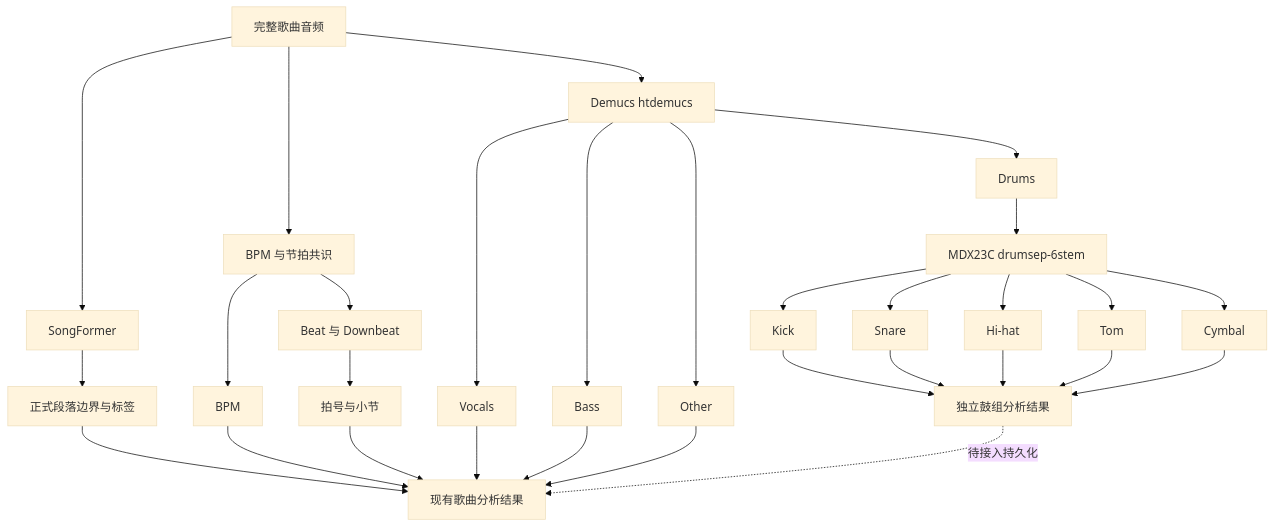
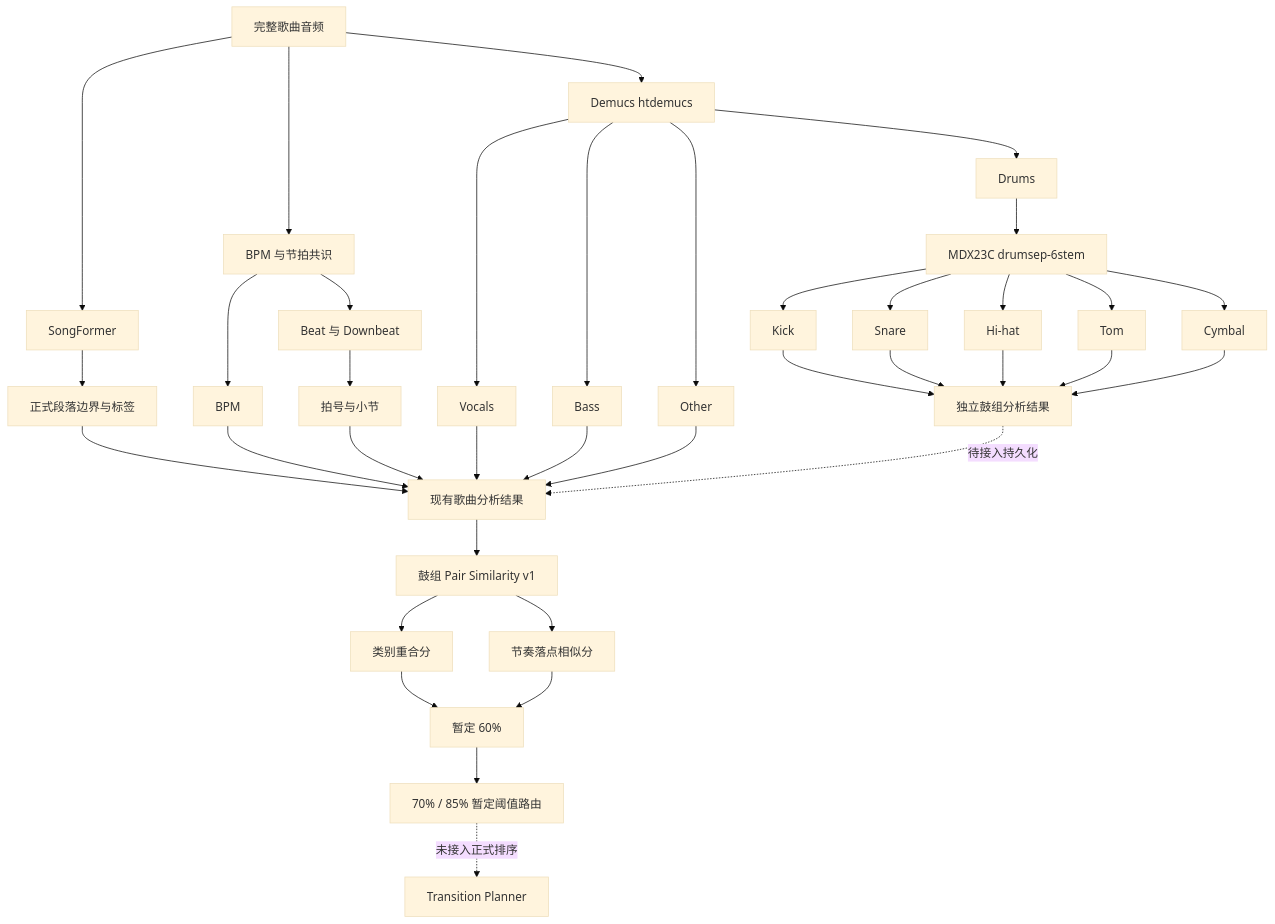
One commit to jihaobi123/harbeat-client changed the diagram in docs/songformer_mdx23c_analysis_architecture.md. Above: the diagram before and after it, drawn with Mermaid (base theme). The commit also changed other lines of this file and 7 other files, not shown here.

````diff
--- a/docs/songformer_mdx23c_analysis_architecture.md
+++ b/docs/songformer_mdx23c_analysis_architecture.md
@@ -11,35 +11,42 @@
 ```mermaid
 flowchart TD
     A[完整歌曲音频] --> B[BPM 与节拍共识]
     A --> C[Demucs htdemucs]
     A --> D[SongFormer]
 
     B --> B1[BPM]
     B --> B2[Beat 与 Downbeat]
     B2 --> B3[拍号与小节]
 
     C --> C1[Vocals]
     C --> C2[Drums]
     C --> C3[Bass]
     C --> C4[Other]
     C2 --> E[MDX23C drumsep-6stem]
     E --> E1[Kick]
     E --> E2[Snare]
     E --> E3[Hi-hat]
     E --> E4[Tom]
     E --> E5[Cymbal]
 
     D --> D1[正式段落边界与标签]
     D1 --> F[现有歌曲分析结果]
     B1 --> F
     B3 --> F
     C1 --> F
     C3 --> F
     C4 --> F
     E1 --> G[独立鼓组分析结果]
     E2 --> G
     E3 --> G
     E4 --> G
     E5 --> G
     G -.待接入持久化.-> F
+    F --> H[鼓组 Pair Similarity v1]
+    H --> H1[类别重合分]
+    H --> H2[节奏落点相似分]
+    H1 --> H3[暂定 40%]
+    H2 --> H3[暂定 60%]
+    H3 --> H4[70% / 85% 暂定阈值路由]
+    H4 -.未接入正式排序.-> I[Transition Planner]
 ```
````
